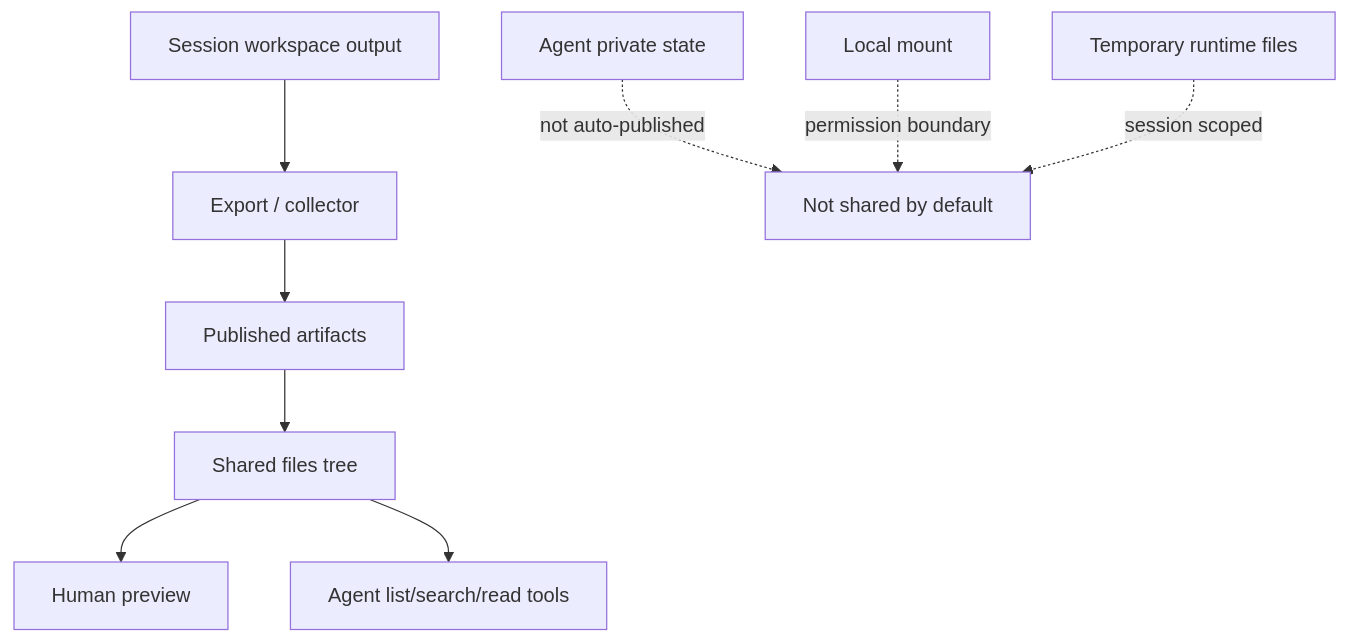
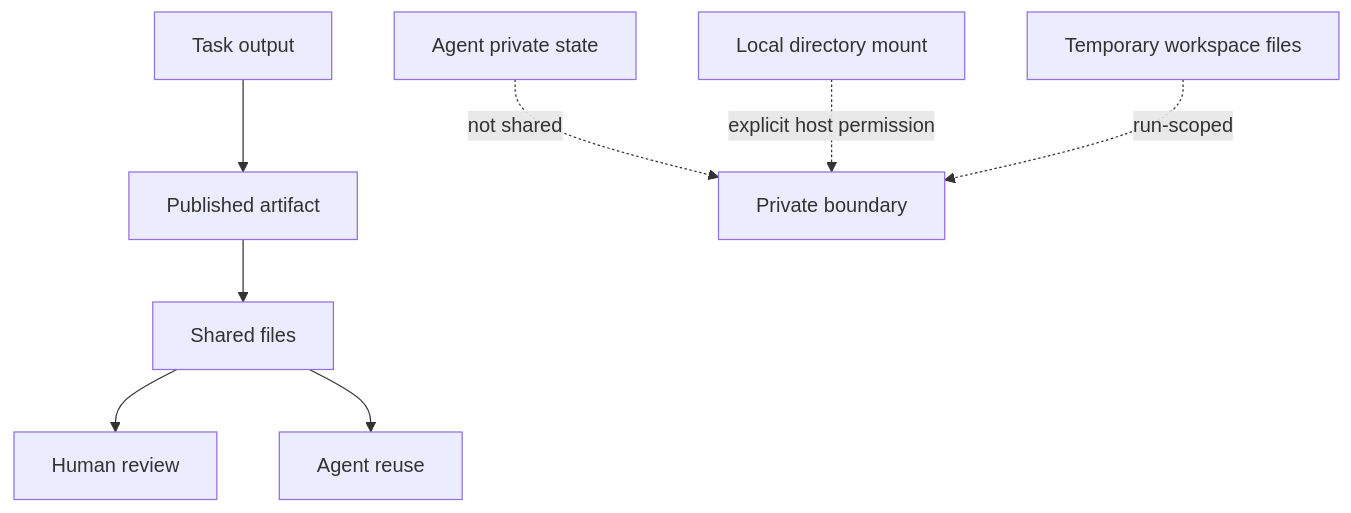
Before and after one commit to ffy6511/poco-docs-vercel: the first of 2 diagrams in content/docs/zh/features/server-collaboration/shared-context-and-artifacts.mdx, drawn with Mermaid. The commit also changed other lines of this file and 5 other files, not shown here.

````diff
--- a/content/docs/zh/features/server-collaboration/shared-context-and-artifacts.mdx
+++ b/content/docs/zh/features/server-collaboration/shared-context-and-artifacts.mdx
@@ -12,11 +12,10 @@
 ```mermaid
 flowchart TD
-    A["Session workspace output"] --> B["Export / collector"]
-    B --> C["Published artifacts"]
-    C --> D["Shared files tree"]
-    D --> E["Human preview"]
-    D --> F["Agent list/search/read tools"]
-    G["Agent private state"] -. "not auto-published" .-> X["Not shared by default"]
-    H["Local mount"] -. "permission boundary" .-> X
-    I["Temporary runtime files"] -. "session scoped" .-> X
+    A["Task output"] --> B["Published artifact"]
+    B --> C["Shared files"]
+    C --> D["Human review"]
+    C --> E["Agent reuse"]
+    F["Agent private state"] -. "not shared" .-> X["Private boundary"]
+    G["Local directory mount"] -. "explicit host permission" .-> X
+    H["Temporary workspace files"] -. "run-scoped" .-> X
 ```
````
